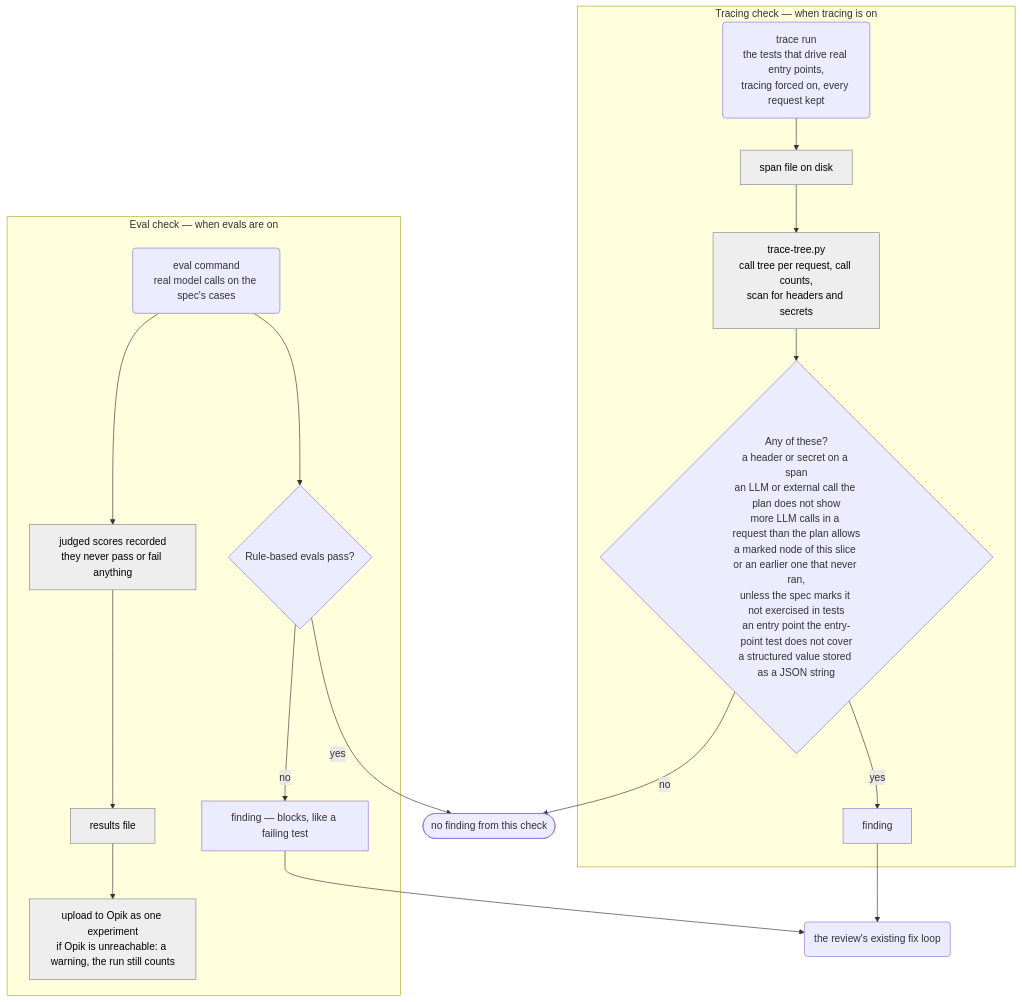
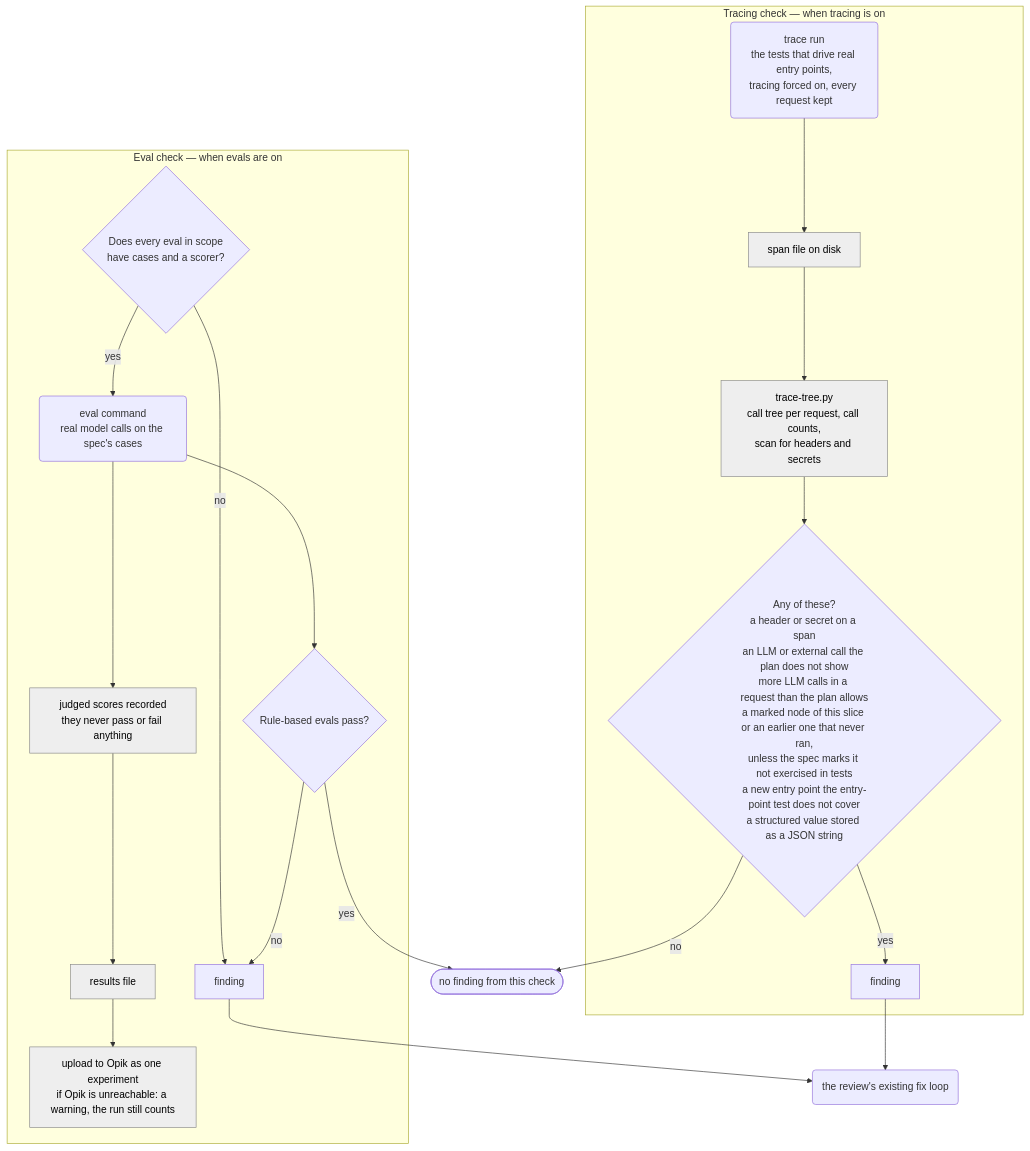
One commit to pablooliva/claude-plugins changed the fourth of 5 diagrams in agent-engineering/docs/observability-diagram.md. Above: the diagram before and after it, drawn with Mermaid. The commit also changed other lines of this file and 2 other files, not shown here.

First line of the commit message:
docs: review fixes to the tracing-and-evals proposal; correct recount halt row

````diff
--- a/agent-engineering/docs/observability-diagram.md
+++ b/agent-engineering/docs/observability-diagram.md
@@ -92,22 +92,24 @@
 ```mermaid
 flowchart TD
     subgraph T ["Tracing check — when tracing is on"]
         run("trace run<br/>the tests that drive real entry points,<br/>tracing forced on, every request kept") --> file["span file on disk"]:::orch
         file --> tree["trace-tree.py<br/>call tree per request, call counts,<br/>scan for headers and secrets"]:::orch
-        tree --> cmp{"Any of these?<br/>a header or secret on a span<br/>an LLM or external call the plan does not show<br/>more LLM calls in a request than the plan allows<br/>a marked node of this slice or an earlier one that never ran,<br/>unless the spec marks it not exercised in tests<br/>an entry point the entry-point test does not cover<br/>a structured value stored as a JSON string"}
+        tree --> cmp{"Any of these?<br/>a header or secret on a span<br/>an LLM or external call the plan does not show<br/>more LLM calls in a request than the plan allows<br/>a marked node of this slice or an earlier one that never ran,<br/>unless the spec marks it not exercised in tests<br/>a new entry point the entry-point test does not cover<br/>a structured value stored as a JSON string"}
         cmp -- "yes" --> tf["finding"]
     end
     subgraph E ["Eval check — when evals are on"]
-        ev("eval command<br/>real model calls on the spec's cases") --> hard{"Rule-based evals pass?"}
-        hard -- "no" --> ef["finding — blocks, like a failing test"]
+        cov{"Does every eval in scope<br/>have cases and a scorer?"} -- "no" --> ef["finding"]
+        cov -- "yes" --> ev("eval command<br/>real model calls on the spec's cases")
+        ev --> hard{"Rule-based evals pass?"}
+        hard -- "no" --> ef
         ev --> judged["judged scores recorded<br/>they never pass or fail anything"]:::orch
         judged --> res["results file"]:::orch
         res --> up["upload to Opik as one experiment<br/>if Opik is unreachable: a warning, the run still counts"]:::orch
     end
     tf --> loop("the review's existing fix loop")
     ef --> loop
     cmp -- "no" --> ok(["no finding from this check"])
     hard -- "yes" --> ok
 
     classDef orch fill:#eeeeee,stroke:#888888,color:#000
 ```
````
